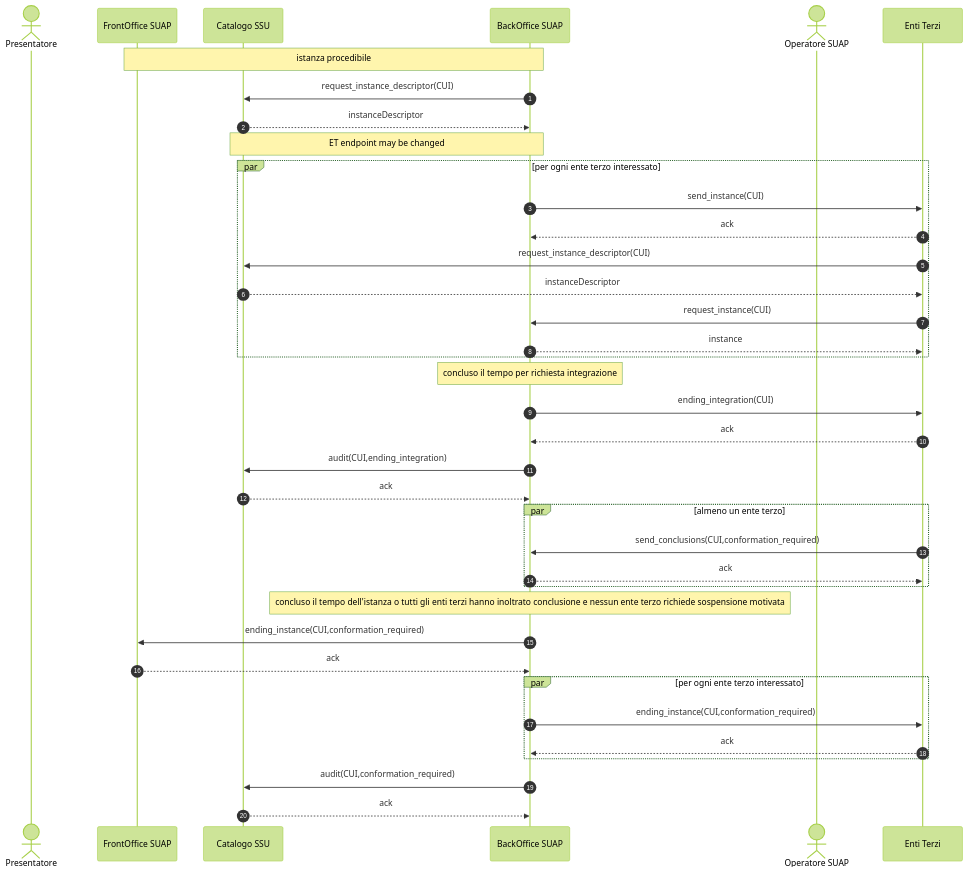
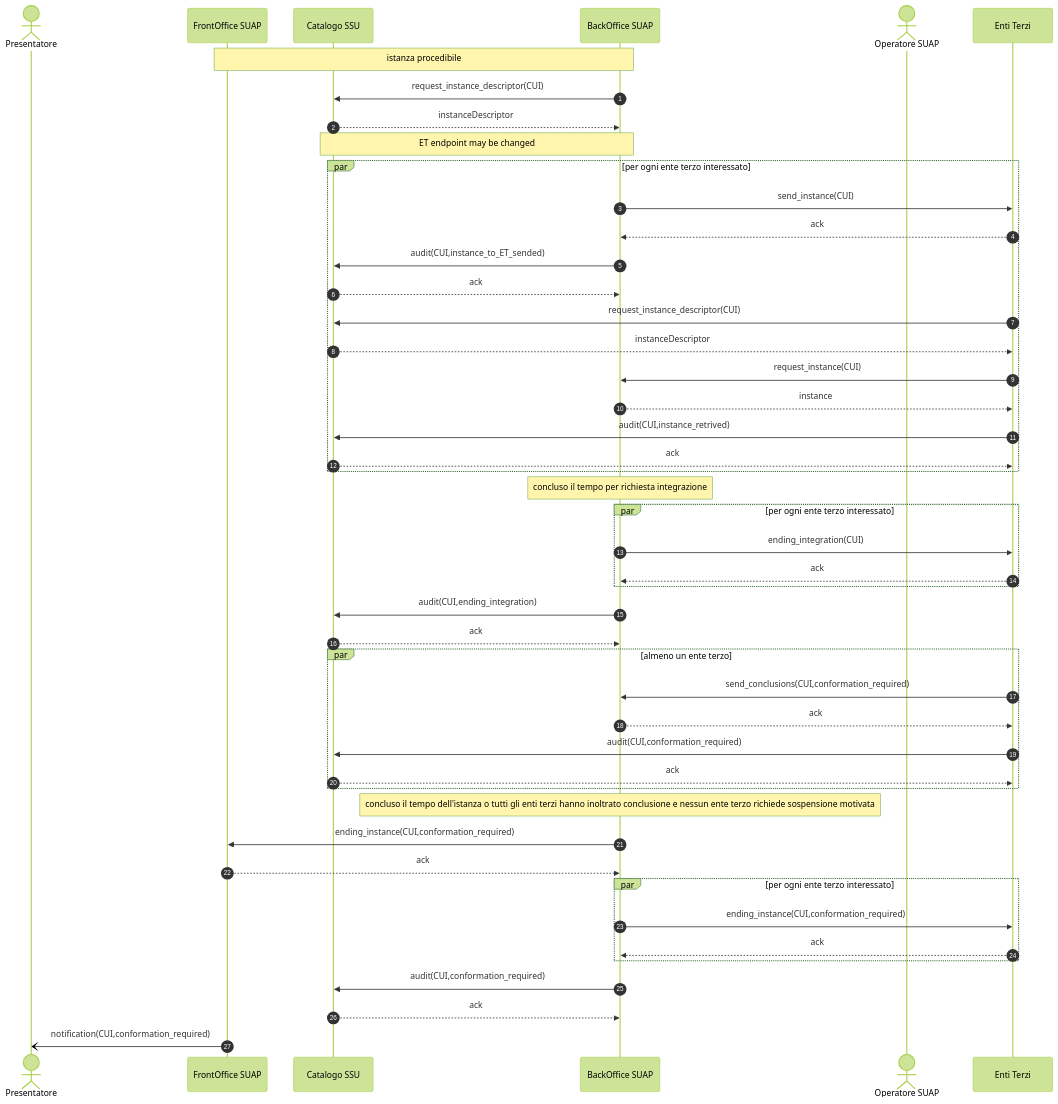
Before and after one commit to AgID/suap-gt-specifiche: the diagram in to_interoperabilita/sequence-diagram/SCIA-003.mermaid, drawn with Mermaid (forest theme).

Commit message:
fixed SCIA-003

```diff
--- a/to_interoperabilita/sequence-diagram/SCIA-003.mermaid
+++ b/to_interoperabilita/sequence-diagram/SCIA-003.mermaid
@@ -1,45 +1,55 @@
 sequenceDiagram
     autonumber
 
     actor P as Presentatore    
     participant F as FrontOffice SUAP
     participant C as Catalogo SSU    
     participant B as BackOffice SUAP    
     actor O as Operatore SUAP    
     participant E as Enti Terzi    
  
     Note over F,B: istanza procedibile
     B ->> C: request_instance_descriptor(CUI)
     C -->> B: instanceDescriptor
     Note over C,B: ET endpoint may be changed
     
     par per ogni ente terzo interessato        
         B ->> E: send_instance(CUI)
         E -->> B: ack
+        B ->> C: audit(CUI,instance_to_ET_sended)
+        C -->> B: ack
         E ->> C: request_instance_descriptor(CUI)
         C -->> E: instanceDescriptor
         E ->> B: request_instance(CUI)
         B -->> E: instance
+        E ->> C: audit(CUI,instance_retrived)
+        C -->> E: ack
     end
    
 
     Note over B: concluso il tempo per richiesta integrazione
-    B ->> E: ending_integration(CUI)
-    E -->> B: ack
-    B ->> C: audit(CUI,ending_integration)
-    C -->> B: ack
+    par per ogni ente terzo interessato 
+        B ->> E: ending_integration(CUI)
+        E -->> B: ack
+    end
+        B ->> C: audit(CUI,ending_integration)
+        C -->> B: ack
 
     par almeno un ente terzo 
         E ->> B: send_conclusions(CUI,conformation_required)
-        B -->> E: ack            
+        B -->> E: ack 
+         E ->> C: audit(CUI,conformation_required)
+        C -->> E: ack            
     end
 
     Note over B: concluso il tempo dell'istanza o tutti gli enti terzi hanno inoltrato conclusione e nessun ente terzo richiede sospensione motivata
     B ->> F: ending_instance(CUI,conformation_required)
     F -->> B: ack            
     par per ogni ente terzo interessato
         B ->> E: ending_instance(CUI,conformation_required)
         E -->> B: ack
     end
     B ->> C: audit(CUI,conformation_required)
     C -->> B: ack
+
+    F -) P: notification(CUI,conformation_required)
```
